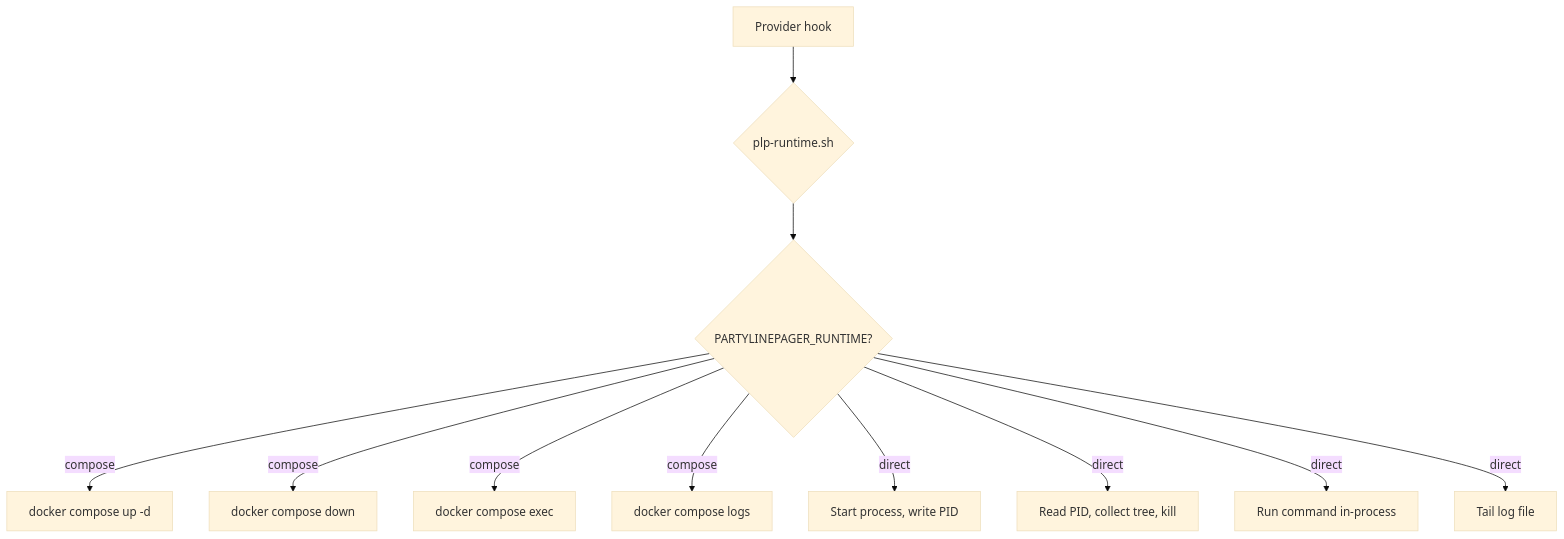
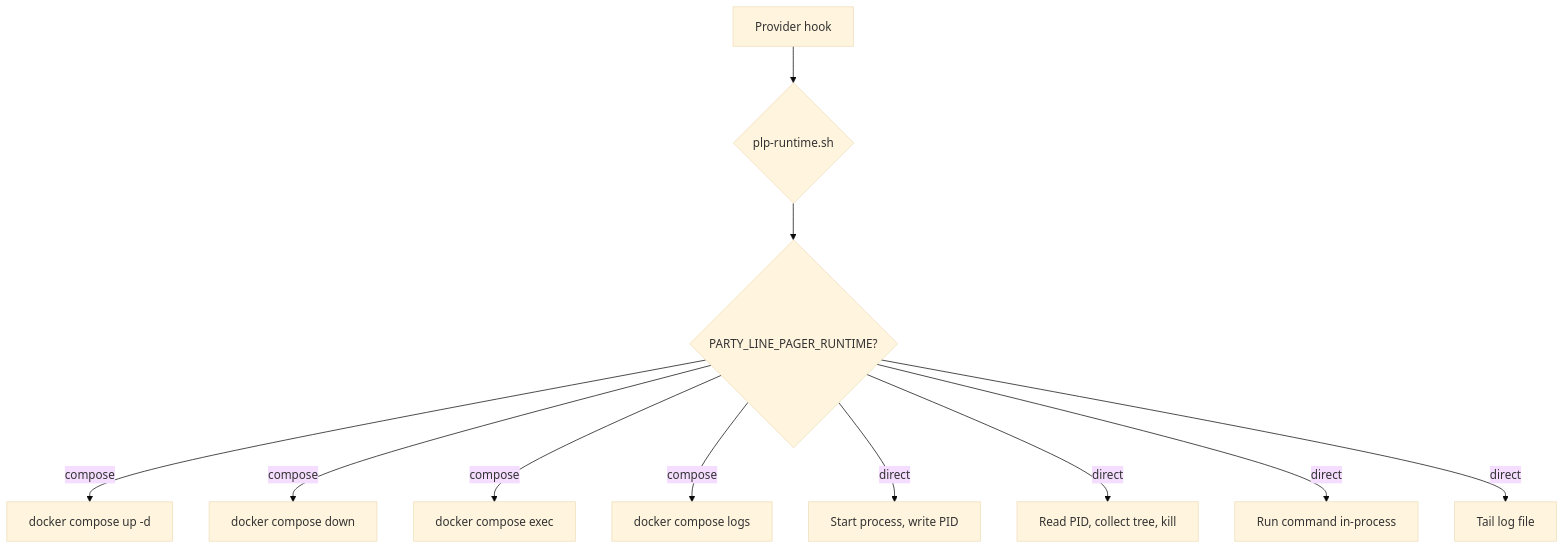
One commit to MarcusHoltz/party-line-pager changed the third of 3 diagrams in docs/development/architecture-detail.md. Above: the diagram before and after it, drawn with Mermaid (base theme). The commit also changed other lines of this file and 172 other files, not shown here.

````diff
--- a/docs/development/architecture-detail.md
+++ b/docs/development/architecture-detail.md
@@ -92,15 +92,15 @@
 ``` mermaid
 flowchart TD
   HOOK[Provider hook] --> SHIM{plp-runtime.sh}
-  SHIM --> CHECK{PARTYLINEPAGER_RUNTIME?}
+  SHIM --> CHECK{PARTY_LINE_PAGER_RUNTIME?}
 
   CHECK -- compose --> COMPOSE_UP["docker compose up -d"]
   CHECK -- compose --> COMPOSE_DOWN["docker compose down"]
   CHECK -- compose --> COMPOSE_EXEC["docker compose exec"]
   CHECK -- compose --> COMPOSE_LOGS["docker compose logs"]
 
   CHECK -- direct --> PID_START["Start process, write PID"]
   CHECK -- direct --> PID_STOP["Read PID, collect tree, kill"]
   CHECK -- direct --> DIRECT_EXEC["Run command in-process"]
   CHECK -- direct --> DIRECT_LOGS["Tail log file"]
 ```
````
